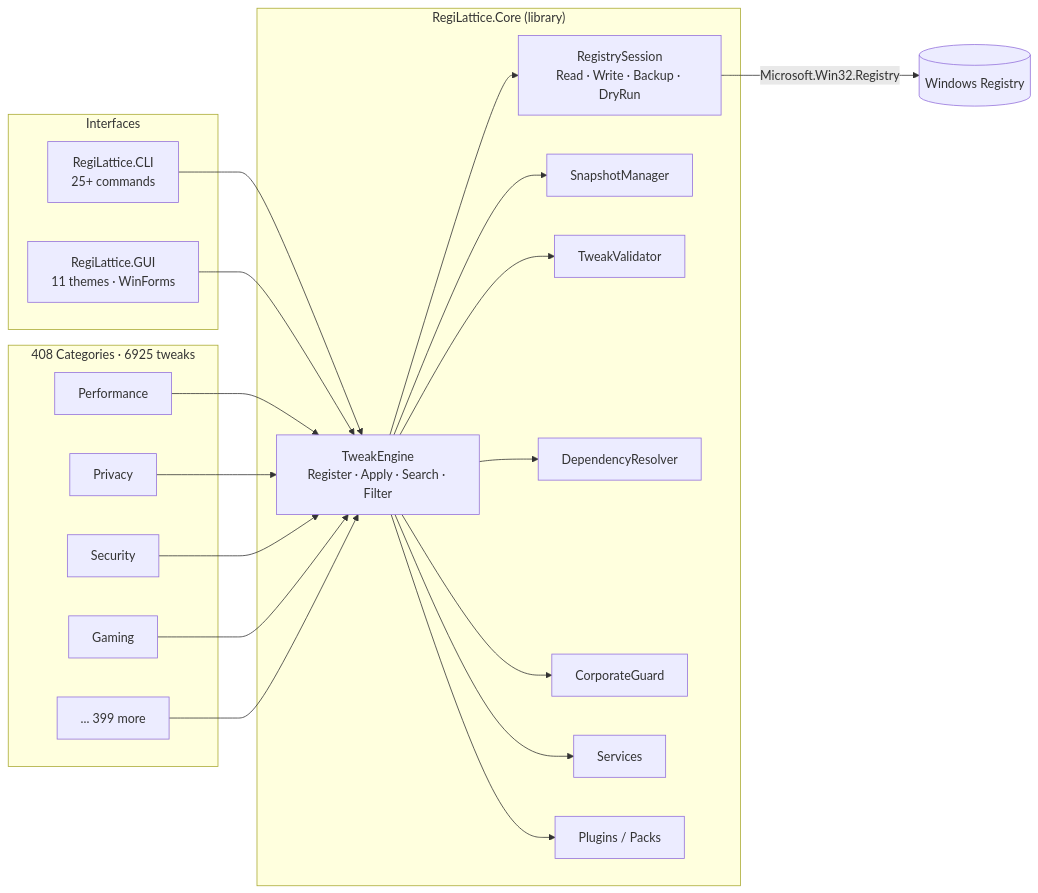
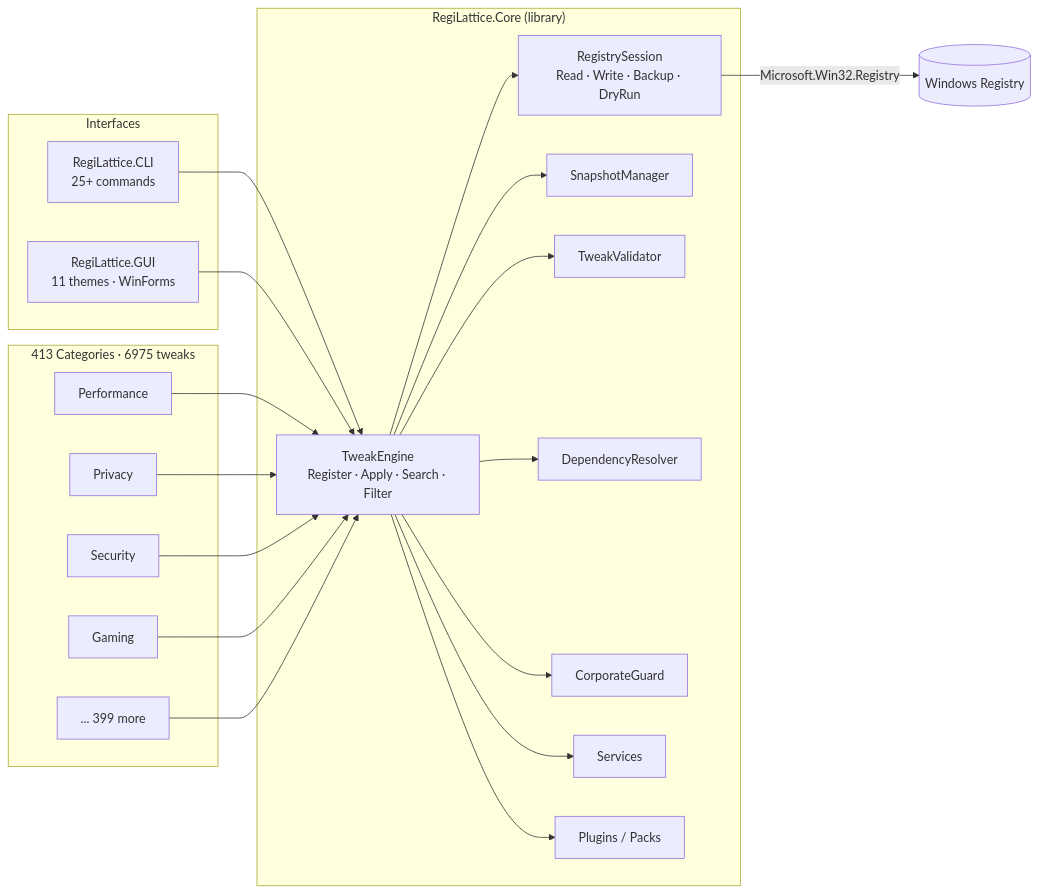
One commit to RajwanYair/RegiLattice changed the first of 2 diagrams in README.md. Above: the diagram before and after it, drawn with Mermaid. The commit also changed other lines of this file and 12 other files, not shown here.

````diff
--- a/README.md
+++ b/README.md
@@ -86,38 +86,38 @@
 ```mermaid
 graph LR
     subgraph Interfaces
         CLI[RegiLattice.CLI<br/>25+ commands]
         GUI[RegiLattice.GUI<br/>11 themes · WinForms]
     end
 
     subgraph Core["RegiLattice.Core (library)"]
         TE[TweakEngine<br/>Register · Apply · Search · Filter]
         RS[RegistrySession<br/>Read · Write · Backup · DryRun]
         SM[SnapshotManager]
         TV[TweakValidator]
         DR[DependencyResolver]
         CG[CorporateGuard]
         SV[Services]
         PM[Plugins / Packs]
     end
 
-    subgraph Tweaks["408 Categories · 6925 tweaks"]
+    subgraph Tweaks["413 Categories · 6975 tweaks"]
         T1[Performance]
         T2[Privacy]
         T3[Security]
         T4[Gaming]
         TN[... 399 more]
     end
 
     CLI --> TE
     GUI --> TE
     TE --> RS
     TE --> SM
     TE --> TV
     TE --> DR
     TE --> CG
     TE --> SV
     TE --> PM
     T1 & T2 & T3 & T4 & TN --> TE
     RS -->|Microsoft.Win32.Registry| WR[(Windows Registry)]
 ```
````
